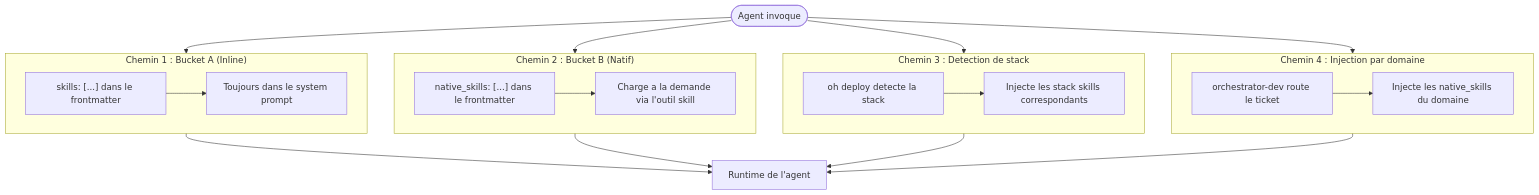
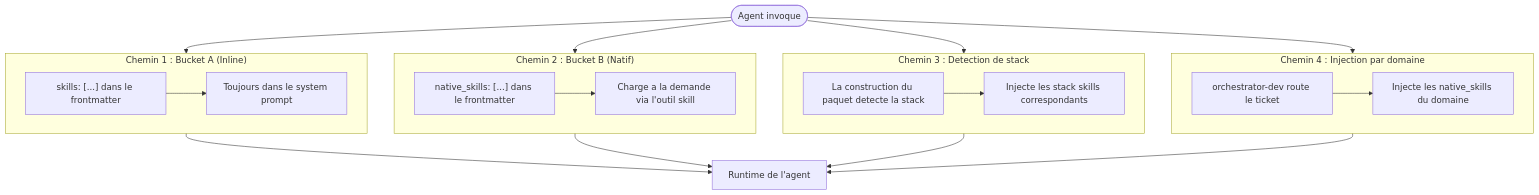
Before and after one commit to datichb/openhub: the diagram in docs/architecture/skills.fr.md, drawn with Mermaid. The commit also changed other lines of this file and 92 other files, not shown here.

````diff
--- a/docs/architecture/skills.fr.md
+++ b/docs/architecture/skills.fr.md
@@ -10,22 +12,22 @@
 ```mermaid
 flowchart TD
     START(["Agent invoque"]) --> P1 & P2 & P3 & P4
 
     subgraph P1 ["Chemin 1 : Bucket A (Inline)"]
         A1["skills: [...] dans le frontmatter"] --> A2["Toujours dans le system prompt"]
     end
 
     subgraph P2 ["Chemin 2 : Bucket B (Natif)"]
         B1["native_skills: [...] dans le frontmatter"] --> B2["Charge a la demande via l'outil skill"]
     end
 
     subgraph P3 ["Chemin 3 : Detection de stack"]
-        C1["oh deploy detecte la stack"] --> C2["Injecte les stack skills correspondants"]
+        C1["La construction du paquet detecte la stack"] --> C2["Injecte les stack skills correspondants"]
     end
 
     subgraph P4 ["Chemin 4 : Injection par domaine"]
         D1["orchestrator-dev route le ticket"] --> D2["Injecte les native_skills du domaine"]
     end
 
     P1 & P2 & P3 & P4 --> AGENT["Runtime de l'agent"]
 ```
````
